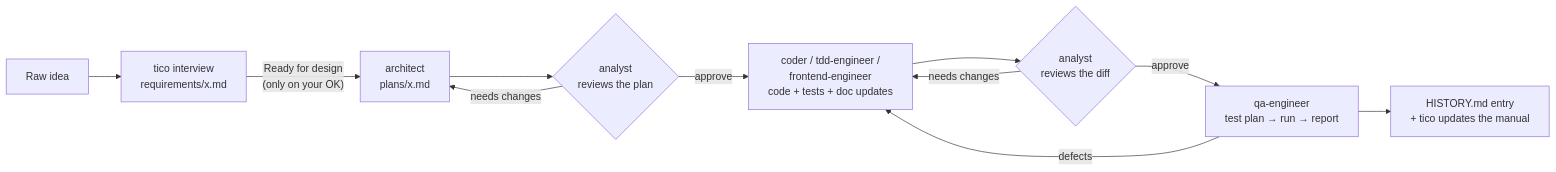
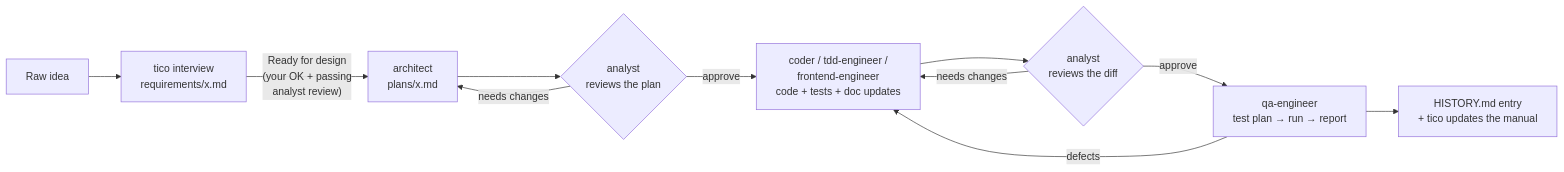
The third of 10 diagrams in claude/docs/manuals/agent-team.md (mauriciobs666/graphmind-ai-lab), drawn with Mermaid before and after one commit. The commit also changed other lines of this file and 27 other files, not shown here.

````diff
--- a/claude/docs/manuals/agent-team.md
+++ b/claude/docs/manuals/agent-team.md
@@ -112,13 +112,13 @@
 ```mermaid
 flowchart LR
     A[Raw idea] --> R["tico interview<br/>requirements/x.md"]
-    R -->|"Ready for design<br/>(only on your OK)"| P["architect<br/>plans/x.md"]
+    R -->|"Ready for design<br/>(your OK + passing<br/>analyst review)"| P["architect<br/>plans/x.md"]
     P --> G1{"analyst<br/>reviews the plan"}
     G1 -->|needs changes| P
     G1 -->|approve| I["coder / tdd-engineer /<br/>frontend-engineer<br/>code + tests + doc updates"]
     I --> G2{"analyst<br/>reviews the diff"}
     G2 -->|needs changes| I
     G2 -->|approve| Q["qa-engineer<br/>test plan → run → report"]
     Q -->|defects| I
     Q --> D["HISTORY.md entry<br/>+ tico updates the manual"]
 ```
````
